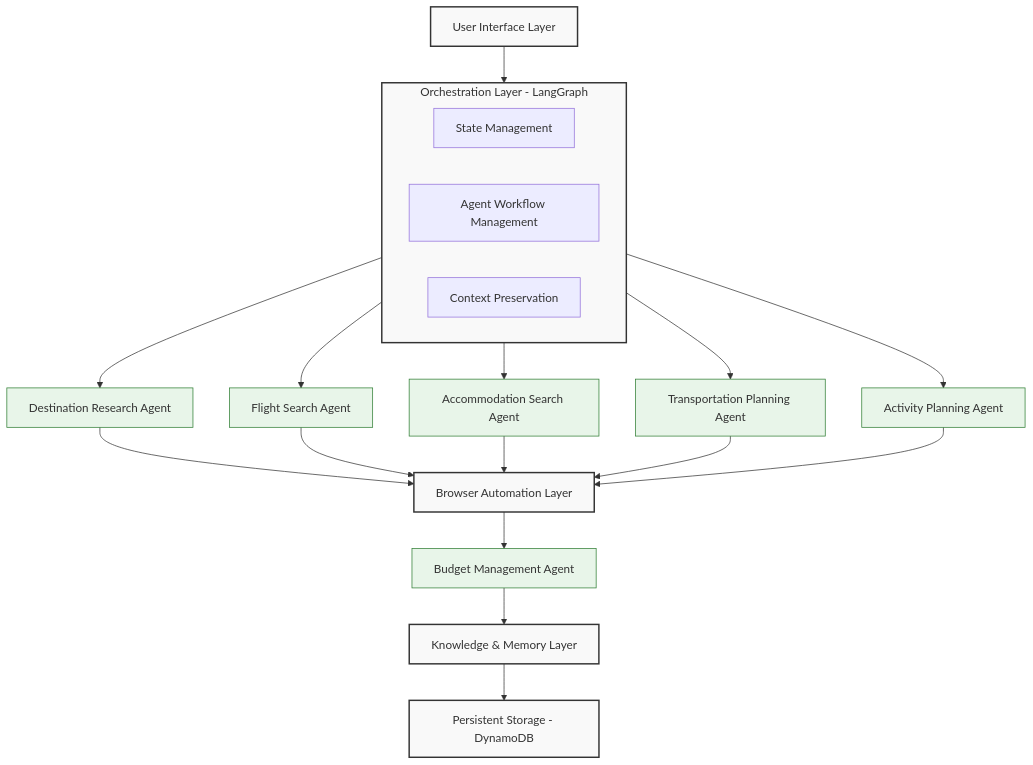
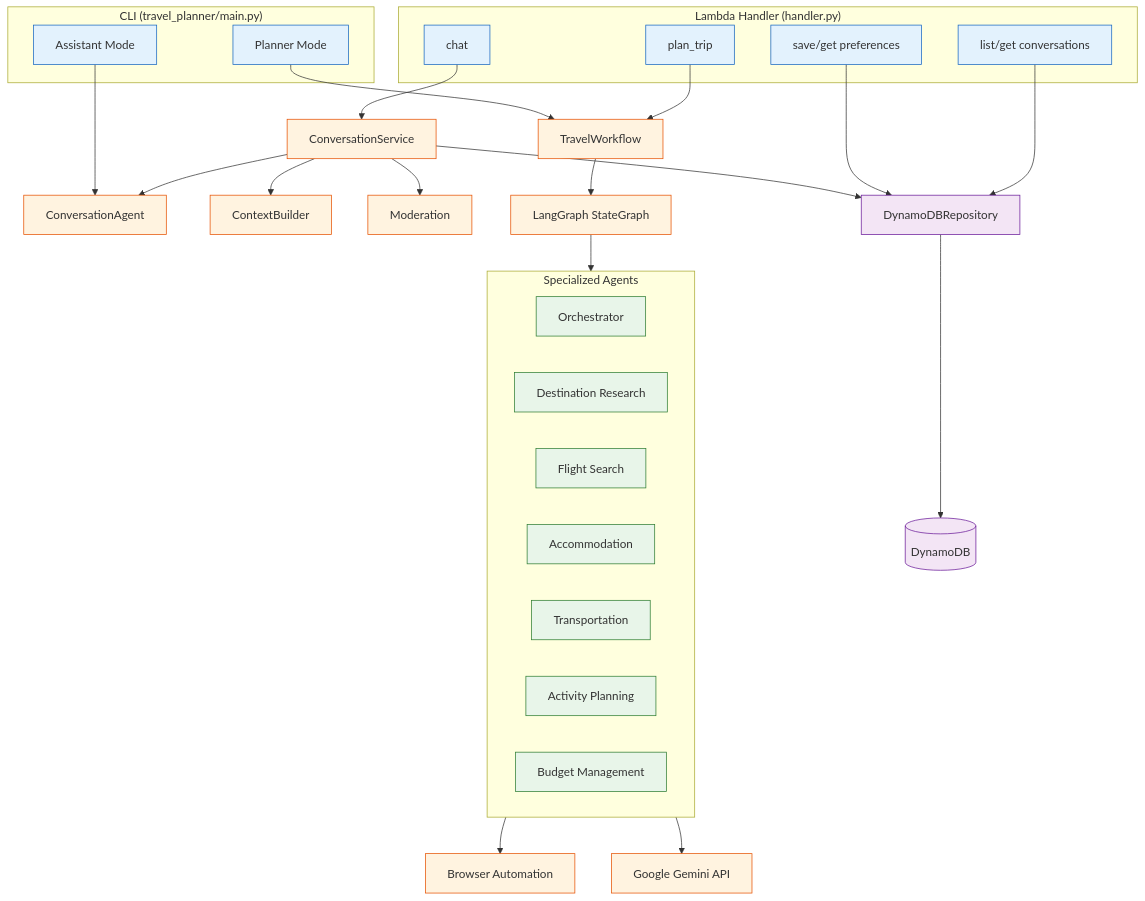
The first of 3 diagrams in README.md (nnhhoang/gemini-agents-travel-graph), drawn with Mermaid before and after one commit. The commit also changed other lines of this file, not shown here.

````diff
--- a/README.md
+++ b/README.md
@@ -50,27 +36,53 @@
 ```mermaid
 flowchart TD
-    UI[User Interface Layer] --> OL
-
-    subgraph OL[Orchestration Layer - LangGraph]
-        SM[State Management]
-        AWM[Agent Workflow Management]
-        CP[Context Preservation]
+    subgraph CLI["CLI (travel_planner/main.py)"]
+        AM[Assistant Mode]
+        PM[Planner Mode]
     end
 
-    OL --> DRA[Destination Research Agent]
-    OL --> FSA[Flight Search Agent]
-    OL --> ASA[Accommodation Search Agent]
-    OL --> TPA[Transportation Planning Agent]
-    OL --> APA[Activity Planning Agent]
+    subgraph Lambda["Lambda Handler (handler.py)"]
+        CHAT[chat]
+        PLAN[plan_trip]
+        PREFS[save/get preferences]
+        CONV[list/get conversations]
+    end
 
-    DRA & FSA & ASA & TPA & APA --> BAL[Browser Automation Layer]
-    BAL --> BMA[Budget Management Agent]
-    BMA --> KML[Knowledge & Memory Layer]
-    KML --> PS[Persistent Storage - DynamoDB]
+    AM --> CA[ConversationAgent]
+    CHAT --> CS[ConversationService]
+    CS --> CA
+    CS --> CB[ContextBuilder]
+    CS --> MOD[Moderation]
+    CS --> REPO[DynamoDBRepository]
 
-    classDef systemLayer fill:#f9f9f9,stroke:#333,stroke-width:2px
-    classDef agent fill:#e8f5e9,stroke:#2e7d32,stroke-width:1px
+    PM --> WF[TravelWorkflow]
+    PLAN --> WF
+    WF --> GRAPH[LangGraph StateGraph]
 
-    class UI,OL,BAL,KML,PS systemLayer
-    class DRA,FSA,ASA,TPA,APA,BMA agent
+    subgraph Agents["Specialized Agents"]
+        ORC[Orchestrator]
+        DR[Destination Research]
+        FS[Flight Search]
+        AC[Accommodation]
+        TR[Transportation]
+        AP[Activity Planning]
+        BM[Budget Management]
+    end
+
+    GRAPH --> Agents
+    Agents --> BA[Browser Automation]
+    Agents --> GEMINI[Google Gemini API]
+
+    REPO --> DB[(DynamoDB)]
+    PREFS --> REPO
+    CONV --> REPO
+
+    classDef mode fill:#e3f2fd,stroke:#1565c0
+    classDef agent fill:#e8f5e9,stroke:#2e7d32
+    classDef service fill:#fff3e0,stroke:#e65100
+    classDef storage fill:#f3e5f5,stroke:#6a1b9a
+
+    class AM,PM,CHAT,PLAN,PREFS,CONV mode
+    class ORC,DR,FS,AC,TR,AP,BM agent
+    class CA,CS,CB,MOD,WF,GRAPH,BA,GEMINI service
+    class REPO,DB storage
 ```
````
